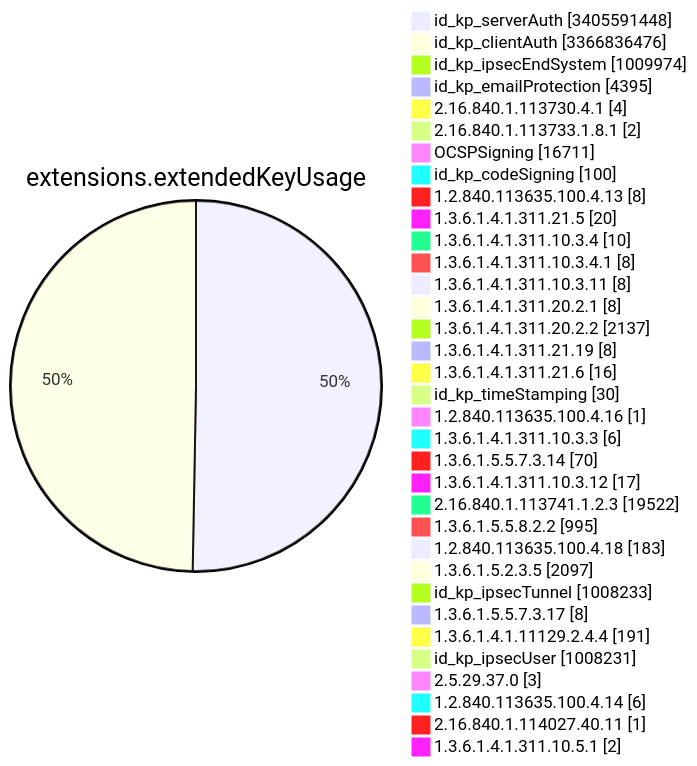
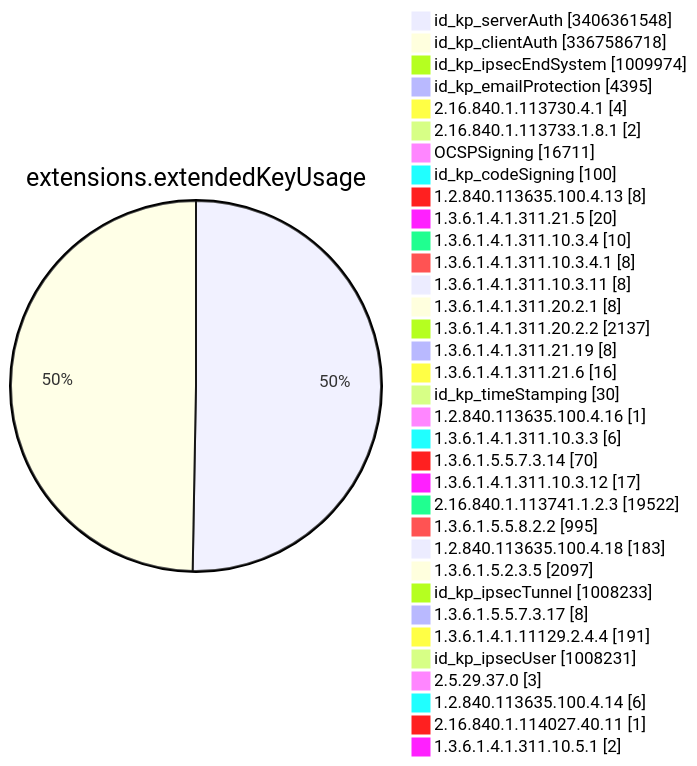
Before and after one commit to christiankrug/ctmonitor_visualization: diagram 11 of 15 in TOTAL/README.md, drawn with Mermaid. The commit also changed other lines of this file, not shown here.

````diff
--- a/TOTAL/README.md
+++ b/TOTAL/README.md
@@ -4121,38 +4121,38 @@
 ```mermaid
 pie showData
 title extensions.extendedKeyUsage
-"id_kp_serverAuth" :3405591448
-"id_kp_clientAuth" :3366836476
+"id_kp_serverAuth" :3406361548
+"id_kp_clientAuth" :3367586718
 "id_kp_ipsecEndSystem" :1009974
 "id_kp_emailProtection" :4395
 "2.16.840.1.113730.4.1" :4
 "2.16.840.1.113733.1.8.1" :2
 "OCSPSigning" :16711
 "id_kp_codeSigning" :100
 "1.2.840.113635.100.4.13" :8
 "1.3.6.1.4.1.311.21.5" :20
 "1.3.6.1.4.1.311.10.3.4" :10
 "1.3.6.1.4.1.311.10.3.4.1" :8
 "1.3.6.1.4.1.311.10.3.11" :8
 "1.3.6.1.4.1.311.20.2.1" :8
 "1.3.6.1.4.1.311.20.2.2" :2137
 "1.3.6.1.4.1.311.21.19" :8
 "1.3.6.1.4.1.311.21.6" :16
 "id_kp_timeStamping" :30
 "1.2.840.113635.100.4.16" :1
 "1.3.6.1.4.1.311.10.3.3" :6
 "1.3.6.1.5.5.7.3.14" :70
 "1.3.6.1.4.1.311.10.3.12" :17
 "2.16.840.1.113741.1.2.3" :19522
 "1.3.6.1.5.5.8.2.2" :995
 "1.2.840.113635.100.4.18" :183
 "1.3.6.1.5.2.3.5" :2097
 "id_kp_ipsecTunnel" :1008233
 "1.3.6.1.5.5.7.3.17" :8
 "1.3.6.1.4.1.11129.2.4.4" :191
 "id_kp_ipsecUser" :1008231
 "2.5.29.37.0" :3
 "1.2.840.113635.100.4.14" :6
 "2.16.840.1.114027.40.11" :1
 "1.3.6.1.4.1.311.10.5.1" :2
 ```
````
